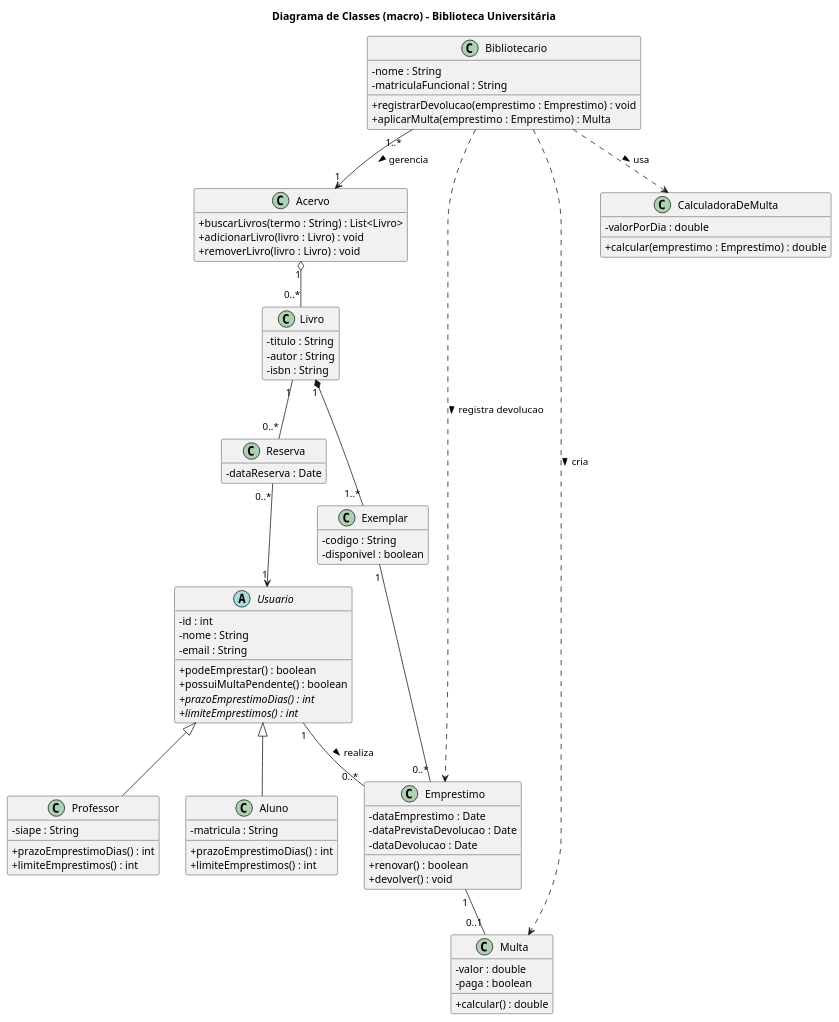
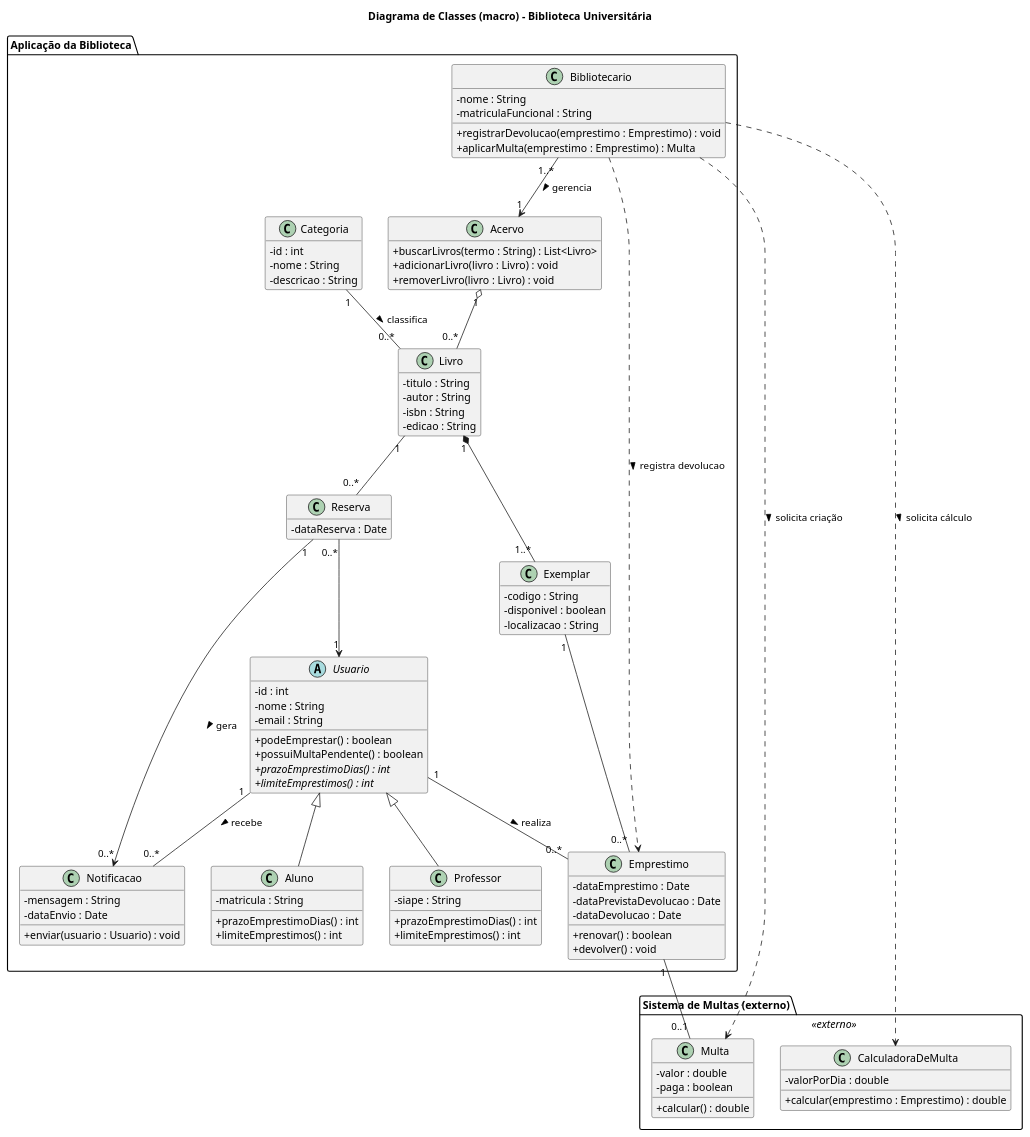
The diagram in biblioteca-uml/diagramas/classes/classes.puml (GabrielBGarcia/MODELAGEM-DE-SOFTWARE), drawn with PlantUML before and after one commit.

Commit message:
diagrama acervo biblioteca

```diff
--- a/biblioteca-uml/diagramas/classes/classes.puml
+++ b/biblioteca-uml/diagramas/classes/classes.puml
@@ -1,95 +1,115 @@
 @startuml classes
 title Diagrama de Classes (macro) – Biblioteca Universitária
 
 skinparam classAttributeIconSize 0
 skinparam shadowing false
 hide empty members
 
-abstract class Usuario {
-  - id : int
-  - nome : String
-  - email : String
-  + podeEmprestar() : boolean
-  + possuiMultaPendente() : boolean
-  + {abstract} prazoEmprestimoDias() : int
-  + {abstract} limiteEmprestimos() : int
+package "Aplicação da Biblioteca" {
+  abstract class Usuario {
+    - id : int
+    - nome : String
+    - email : String
+    + podeEmprestar() : boolean
+    + possuiMultaPendente() : boolean
+    + {abstract} prazoEmprestimoDias() : int
+    + {abstract} limiteEmprestimos() : int
+  }
+  class Aluno {
+    - matricula : String
+    + prazoEmprestimoDias() : int
+    + limiteEmprestimos() : int
+  }
+  class Professor {
+    - siape : String
+    + prazoEmprestimoDias() : int
+    + limiteEmprestimos() : int
+  }
+  class Bibliotecario {
+    - nome : String
+    - matriculaFuncional : String
+    + registrarDevolucao(emprestimo : Emprestimo) : void
+    + aplicarMulta(emprestimo : Emprestimo) : Multa
+  }
+  class Acervo {
+    + buscarLivros(termo : String) : List<Livro>
+    + adicionarLivro(livro : Livro) : void
+    + removerLivro(livro : Livro) : void
+  }
+  class Livro {
+    - titulo : String
+    - autor : String
+    - isbn : String
+    - edicao : String
+  }
+  class Categoria {
+    - id : int
+    - nome : String
+    - descricao : String
+  }
+  class Exemplar {
+    - codigo : String
+    - disponivel : boolean
+    - localizacao : String
+  }
+  class Emprestimo {
+    - dataEmprestimo : Date
+    - dataPrevistaDevolucao : Date
+    - dataDevolucao : Date
+    + renovar() : boolean
+    + devolver() : void
+  }
+  class Reserva {
+    - dataReserva : Date
+  }
+  class Notificacao {
+    - mensagem : String
+    - dataEnvio : Date
+    + enviar(usuario : Usuario) : void
+  }
 }
-class Aluno {
-  - matricula : String
-  + prazoEmprestimoDias() : int
-  + limiteEmprestimos() : int
-}
-class Professor {
-  - siape : String
-  + prazoEmprestimoDias() : int
-  + limiteEmprestimos() : int
-}
-class Bibliotecario {
-  - nome : String
-  - matriculaFuncional : String
-  + registrarDevolucao(emprestimo : Emprestimo) : void
-  + aplicarMulta(emprestimo : Emprestimo) : Multa
-}
-class Acervo {
-  + buscarLivros(termo : String) : List<Livro>
-  + adicionarLivro(livro : Livro) : void
-  + removerLivro(livro : Livro) : void
-}
-class Livro {
-  - titulo : String
-  - autor : String
-  - isbn : String
-}
-class Exemplar {
-  - codigo : String
-  - disponivel : boolean
-}
-class Emprestimo {
-  - dataEmprestimo : Date
-  - dataPrevistaDevolucao : Date
-  - dataDevolucao : Date
-  + renovar() : boolean
-  + devolver() : void
-}
-class Reserva {
-  - dataReserva : Date
-}
-class Multa {
-  - valor : double
-  - paga : boolean
-  + calcular() : double
-}
-class CalculadoraDeMulta {
-  - valorPorDia : double
-  + calcular(emprestimo : Emprestimo) : double
+
+package "Sistema de Multas (externo)" <<externo>> {
+  class Multa {
+    - valor : double
+    - paga : boolean
+    + calcular() : double
+  }
+  class CalculadoraDeMulta {
+    - valorPorDia : double
+    + calcular(emprestimo : Emprestimo) : double
+  }
 }
 
 'herança'
 Usuario <|-- Aluno
 Usuario <|-- Professor
 
 'associação simples entre usuario e emprestimo'
 Usuario "1" -- "0..*" Emprestimo : realiza >
 
 'associação direcionada'
 Reserva "0..*" --> "1" Usuario
+Usuario "1" -- "0..*" Notificacao : recebe >
+Reserva "1" --> "0..*" Notificacao : gera >
 
 'associação direcionada'
 Bibliotecario "1..*" --> "1" Acervo : gerencia >
 
 'dependências'
 Bibliotecario ..> Emprestimo : registra devolucao >
-Bibliotecario ..> Multa : cria >
+Bibliotecario ..> Multa : solicita criação >
 
-'classe nova: acervo'
-Bibliotecario ..> CalculadoraDeMulta : usa >
+'integração com sistema externo'
+Bibliotecario ..> CalculadoraDeMulta : solicita cálculo >
 
 'classe nova: acervo'
 Acervo "1" o-- "0..*" Livro
+Categoria "1" -- "0..*" Livro : classifica >
 
 'macro'
 Livro "1" *-- "1..*" Exemplar
 Exemplar "1" -- "0..*" Emprestimo
 Livro "1" -- "0..*" Reserva
 Emprestimo "1" -- "0..1" Multa
 @enduml
```
